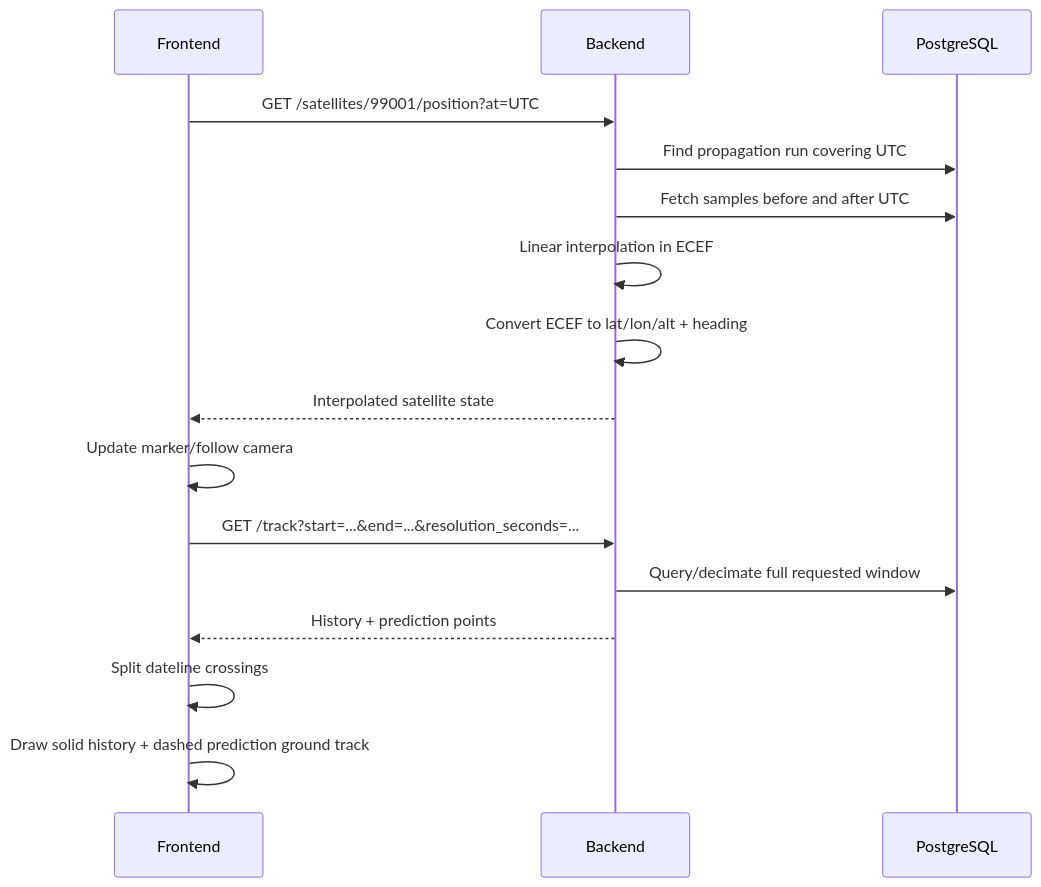
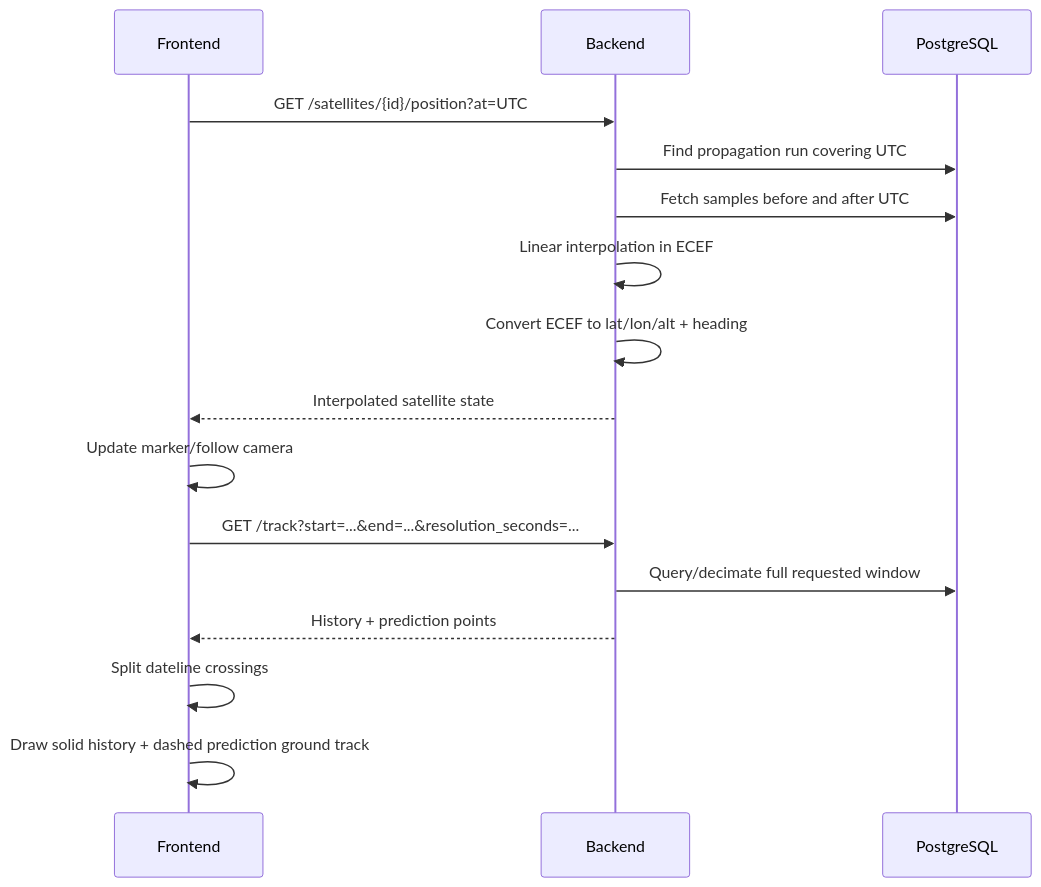
The third of 7 diagrams in docs/architecture.md (ExoSpaceLabs/world-sat-monitor), drawn with Mermaid before and after one commit. The commit also changed other lines of this file and 9 other files, not shown here.

````diff
--- a/docs/architecture.md
+++ b/docs/architecture.md
@@ -51,18 +51,18 @@
 ```mermaid
 sequenceDiagram
     participant UI as Frontend
     participant API as Backend
     participant DB as PostgreSQL
-    UI->>API: GET /satellites/99001/position?at=UTC
+    UI->>API: GET /satellites/{id}/position?at=UTC
     API->>DB: Find propagation run covering UTC
     API->>DB: Fetch samples before and after UTC
     API->>API: Linear interpolation in ECEF
     API->>API: Convert ECEF to lat/lon/alt + heading
     API-->>UI: Interpolated satellite state
     UI->>UI: Update marker/follow camera
     UI->>API: GET /track?start=...&end=...&resolution_seconds=...
     API->>DB: Query/decimate full requested window
     API-->>UI: History + prediction points
     UI->>UI: Split dateline crossings
     UI->>UI: Draw solid history + dashed prediction ground track
 ```
````
